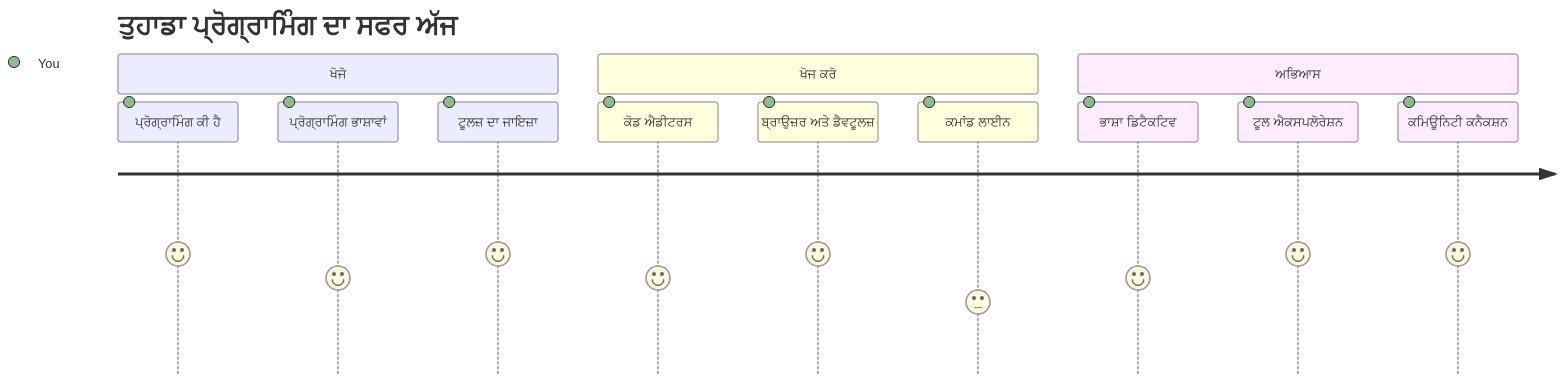
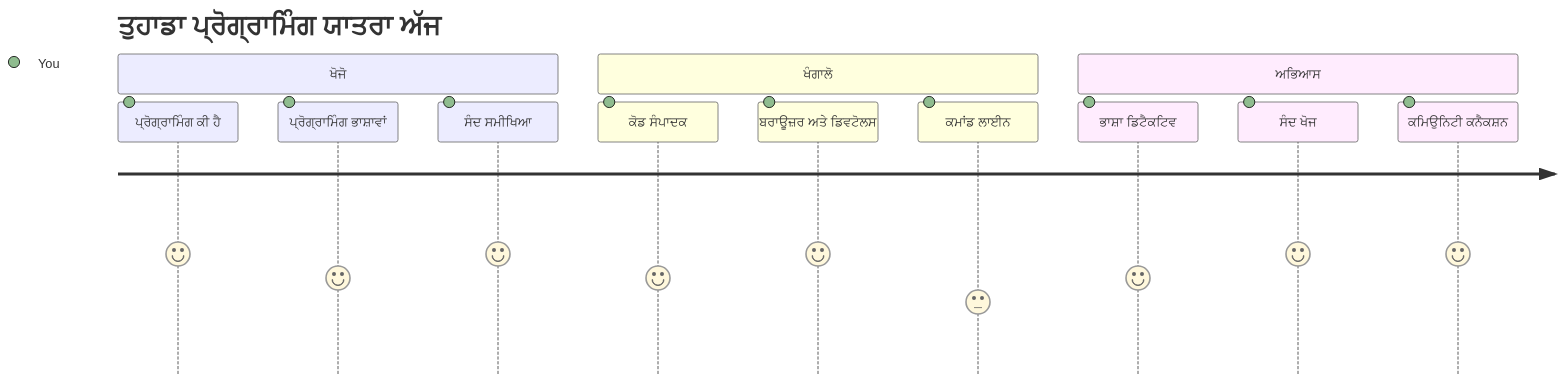
One commit to microsoft/Web-Dev-For-Beginners changed the first of 7 diagrams in translations/pa/1-getting-started-lessons/1-intro-to-programming-languages/README.md. Above: the diagram before and after it, drawn with Mermaid. The commit also changed other lines of this file and 8 other files, not shown here.

````diff
--- a/translations/pa/1-getting-started-lessons/1-intro-to-programming-languages/README.md
+++ b/translations/pa/1-getting-started-lessons/1-intro-to-programming-languages/README.md
@@ -14,16 +14,16 @@
 ```mermaid
 journey
-    title ਤੁਹਾਡਾ ਪ੍ਰੋਗ੍ਰਾਮਿੰਗ ਦਾ ਸਫਰ ਅੱਜ
+    title ਤੁਹਾਡਾ ਪ੍ਰੋਗ੍ਰਾਮਿੰਗ ਯਾਤਰਾ ਅੱਜ
     section ਖੋਜੋ
       ਪ੍ਰੋਗ੍ਰਾਮਿੰਗ ਕੀ ਹੈ: 5: You
       ਪ੍ਰੋਗ੍ਰਾਮਿੰਗ ਭਾਸ਼ਾਵਾਂ: 4: You
-      ਟੂਲਜ਼ ਦਾ ਜਾਇਜ਼ਾ: 5: You
-    section ਖੋਜ ਕਰੋ
-      ਕੋਡ ਐਡੀਟਰਸ: 4: You
-      ਬ੍ਰਾਉਜ਼ਰ ਅਤੇ ਡੈਵਟੂਲਜ਼: 5: You
+      ਸੰਦ ਸਮੀਖਿਆ: 5: You
+    section ਖੰਗਾਲੋ
+      ਕੋਡ ਸੰਪਾਦਕ: 4: You
+      ਬਰਾਊਜ਼ਰ ਅਤੇ ਡਿਵਟੋਲਸ: 5: You
       ਕਮਾਂਡ ਲਾਈਨ: 3: You
     section ਅਭਿਆਸ
       ਭਾਸ਼ਾ ਡਿਟੈਕਟਿਵ: 4: You
-      ਟੂਲ ਐਕਸਪਲੋਰੇਸ਼ਨ: 5: You
-      ਕਮਿਊਨਿਟੀ ਕਨੈਕਸ਼ਨ: 5: You
+      ਸੰਦ ਖੋਜ: 5: You
+      ਕਮਿਉਨਿਟੀ ਕਨੈਕਸ਼ਨ: 5: You
 ```
````
